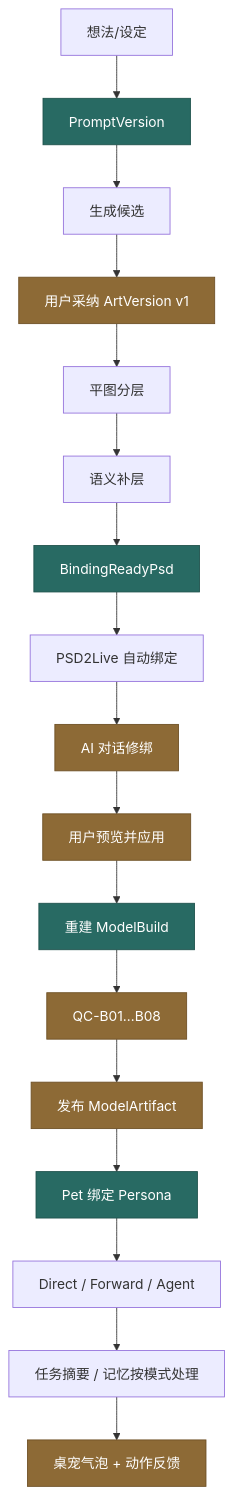
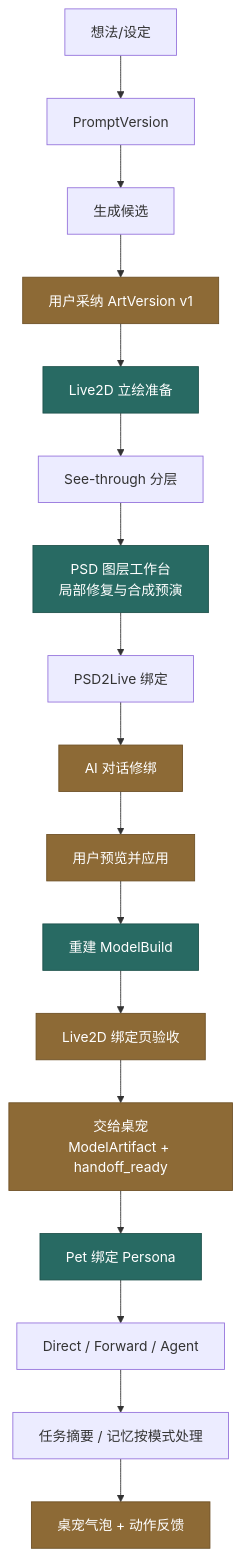
One commit to fupingyezi/agent2live changed diagram 21 of 21 in docs/architecture/2026-11-08-stage-workflows.md. Above: the diagram before and after it, drawn with Mermaid. The commit also changed other lines of this file and 11 other files, not shown here.

Commit message:
docs: update live2D workbench architecture

````diff
--- a/docs/architecture/2026-11-08-stage-workflows.md
+++ b/docs/architecture/2026-11-08-stage-workflows.md
@@ -776,24 +757,24 @@
 ```mermaid
 flowchart TD
   A["想法/设定"] --> B["PromptVersion"]
   B --> C["生成候选"]
   C --> D["用户采纳 ArtVersion v1"]
-  D --> E["平图分层"]
-  E --> F["语义补层"]
-  F --> G["BindingReadyPsd"]
-  G --> H["PSD2Live 自动绑定"]
+  D --> E["Live2D 立绘准备"]
+  E --> F["See-through 分层"]
+  F --> G["PSD 图层工作台<br/>局部修复与合成预演"]
+  G --> H["PSD2Live 绑定"]
   H --> I["AI 对话修绑"]
   I --> J["用户预览并应用"]
   J --> K["重建 ModelBuild"]
-  K --> L["QC-B01…B08"]
-  L --> M["发布 ModelArtifact"]
+  K --> L["Live2D 绑定页验收"]
+  L --> M["交给桌宠<br/>ModelArtifact + handoff_ready"]
   M --> N["Pet 绑定 Persona"]
   N --> O["Direct / Forward / Agent"]
   O --> P["任务摘要 / 记忆按模式处理"]
   P --> Q["桌宠气泡 + 动作反馈"]
 
   classDef gate fill:#8d6a36,color:#fff,stroke:#6d4f24;
   classDef artifact fill:#286a63,color:#fff,stroke:#1d514b;
   class D,I,J,L,M,Q gate;
-  class B,G,K,N artifact;
+  class E,G,K,N artifact;
 ```
````
